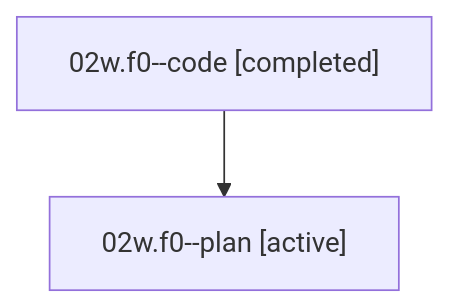
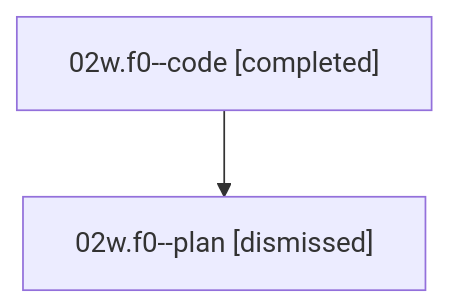
Before and after one commit to sase-org/sase--agents: the diagram in sessions/bbugyi200.athena.02w.f0.md, drawn with Mermaid. The commit also changed other lines of this file and 24 other files, not shown here.

````diff
--- a/sessions/bbugyi200.athena.02w.f0.md
+++ b/sessions/bbugyi200.athena.02w.f0.md
@@ -9,6 +9,6 @@
 ```mermaid
 flowchart TD
   n0["02w.f0--code [completed]"]
-  n1["02w.f0--plan [active]"]
+  n1["02w.f0--plan [dismissed]"]
   n0 --> n1
 ```
````
